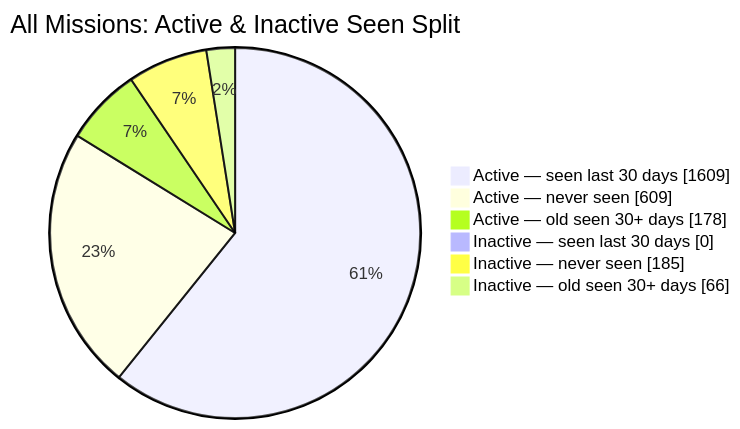
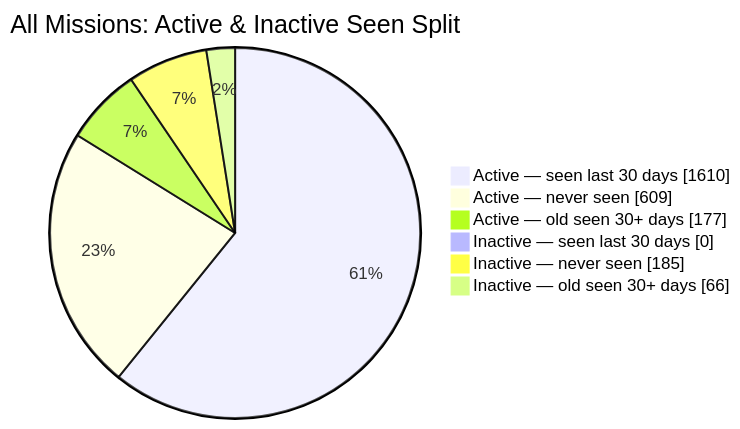
The second of 2 diagrams in README.md (MeldkamerspelGameTeam/active-missions), drawn with Mermaid before and after one commit. The commit also changed other lines of this file and 7 other files, not shown here.

````diff
--- a/README.md
+++ b/README.md
@@ -44,10 +44,10 @@
 ```mermaid
 pie showData
     title All Missions: Active & Inactive Seen Split
-    "Active — seen last 30 days" : 1609
+    "Active — seen last 30 days" : 1610
     "Active — never seen" : 609
-    "Active — old seen 30+ days" : 178
+    "Active — old seen 30+ days" : 177
     "Inactive — seen last 30 days" : 0
     "Inactive — never seen" : 185
     "Inactive — old seen 30+ days" : 66
 ```
````
